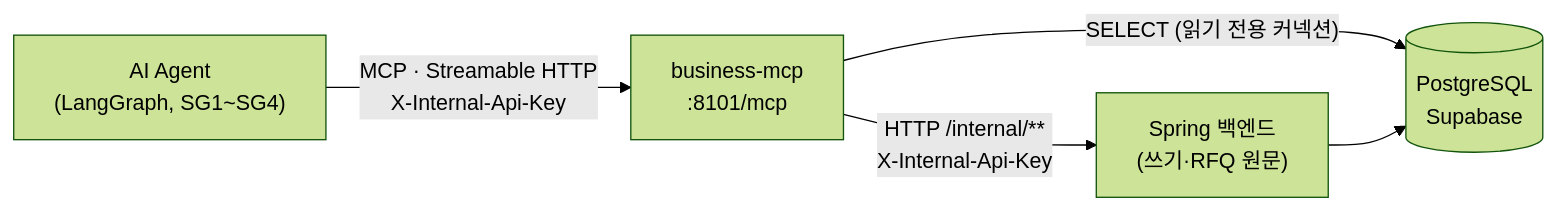
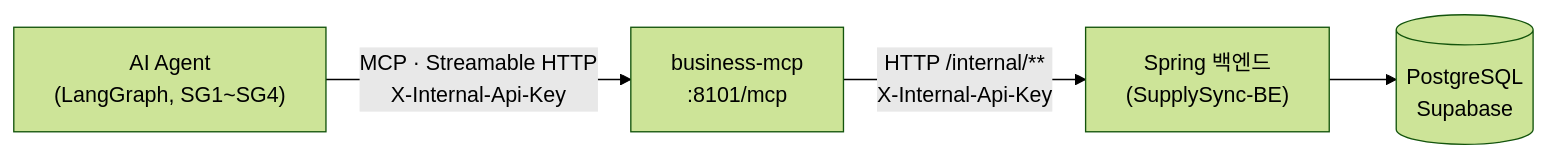
One commit to SKALA-class5-team1/SupplySync-Business-MCP changed the first of 5 diagrams in ARCHITECTURE.md. Above: the diagram before and after it, drawn with Mermaid (forest theme). The commit also changed other lines of this file and 2 other files, not shown here.

Commit message:
docs: 백엔드 API 전환과 get_substitutes를 문서에 반영

````diff
--- a/ARCHITECTURE.md
+++ b/ARCHITECTURE.md
@@ -8,7 +8,6 @@
 ```mermaid
 flowchart LR
     Agent["AI Agent<br/>(LangGraph, SG1~SG4)"] -- "MCP · Streamable HTTP<br/>X-Internal-Api-Key" --> MCP["business-mcp<br/>:8101/mcp"]
-    MCP -- "SELECT (읽기 전용 커넥션)" --> DB[("PostgreSQL<br/>Supabase")]
-    MCP -- "HTTP /internal/**<br/>X-Internal-Api-Key" --> BE["Spring 백엔드<br/>(쓰기·RFQ 원문)"]
-    BE --> DB
+    MCP -- "HTTP /internal/**<br/>X-Internal-Api-Key" --> BE["Spring 백엔드<br/>(SupplySync-BE)"]
+    BE --> DB[("PostgreSQL<br/>Supabase")]
 ```
````
